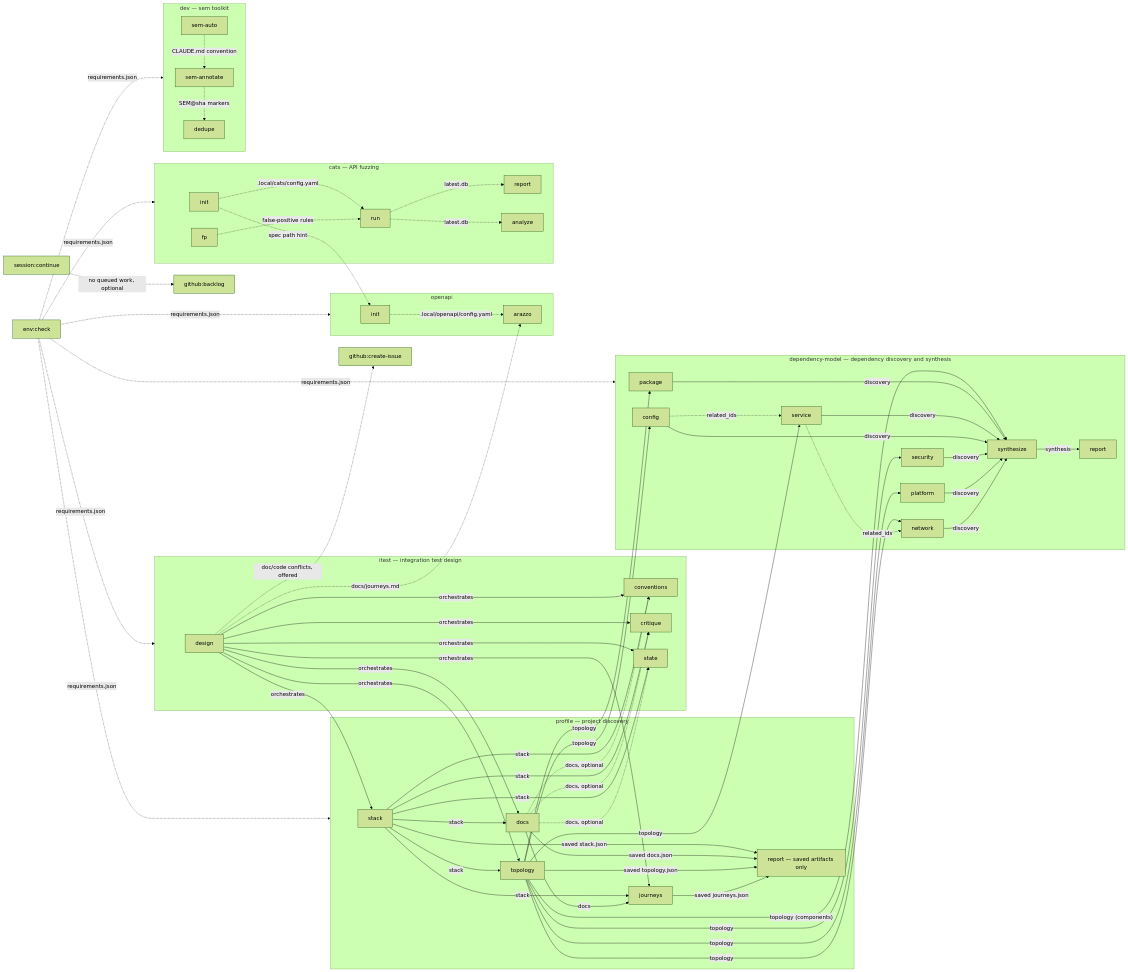
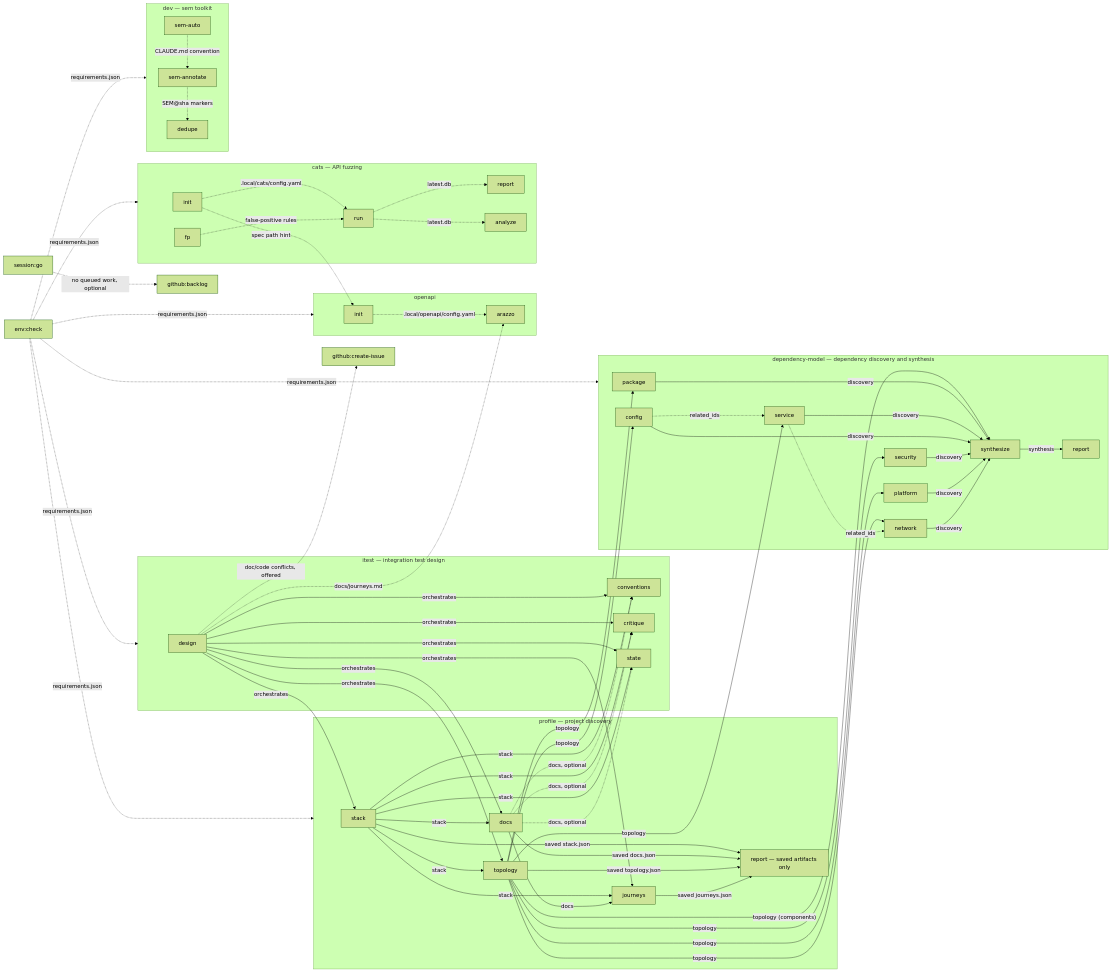
Before and after one commit to ericfitz/skills: the diagram in docs/ARCHITECTURE.md, drawn with Mermaid (forest theme). The commit also changed other lines of this file and 13 other files, not shown here.

First line of the commit message:
session 2.0.0: rename continue to go, idle status before park; bump deps (#108)

```diff
--- a/docs/ARCHITECTURE.md
+++ b/docs/ARCHITECTURE.md
@@ -80,7 +80,7 @@
 
   gh["github:create-issue"]
   ghb["github:backlog"]
-  sess["session:continue"]
+  sess["session:go"]
   envchk["env:check"]
 
   p_stack -- "stack" --> p_docs
```
